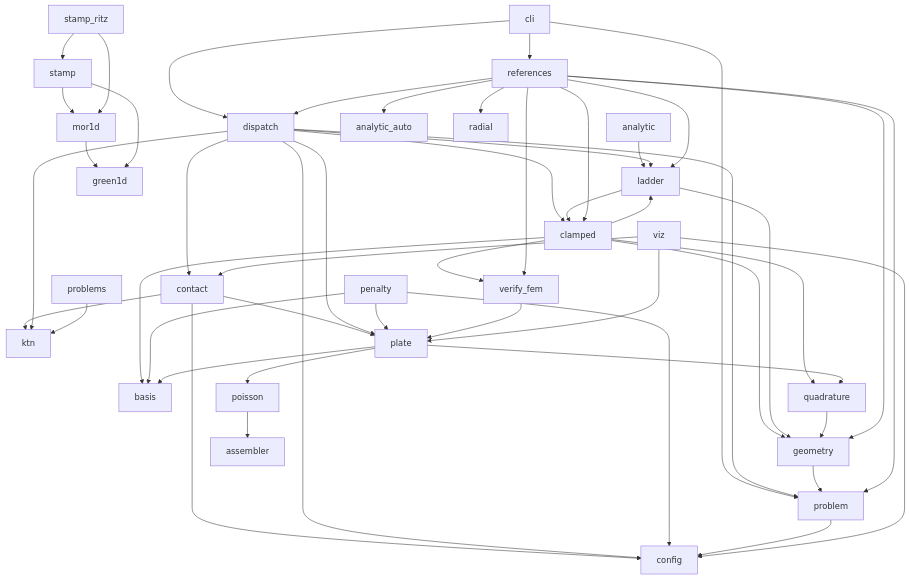
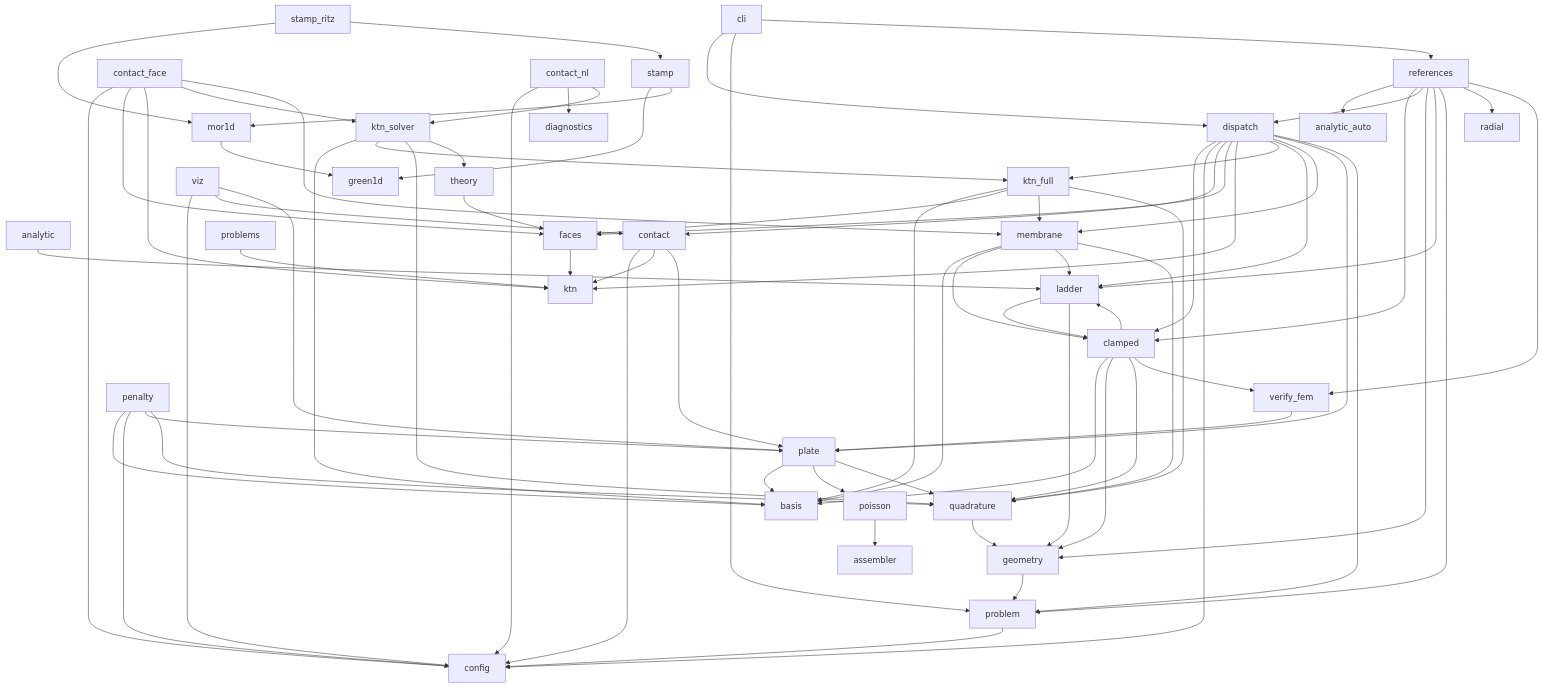
Before and after one commit to AnatoDu/plate-solver: the diagram in docs/ARCHITECTURE.md, drawn with Mermaid. The commit also changed other lines of this file and 25 other files, not shown here.

````diff
--- a/docs/ARCHITECTURE.md
+++ b/docs/ARCHITECTURE.md
@@ -32,52 +48,78 @@
 ```mermaid
 flowchart TD
     analytic --> ladder
     clamped --> basis
     clamped --> geometry
     clamped --> ladder
     clamped --> quadrature
     clamped --> verify_fem
     cli --> dispatch
     cli --> problem
     cli --> references
     contact --> config
     contact --> ktn
     contact --> plate
+    contact_face --> config
+    contact_face --> faces
+    contact_face --> ktn
+    contact_face --> ktn_solver
+    contact_face --> membrane
+    contact_nl --> config
+    contact_nl --> diagnostics
+    contact_nl --> ktn_solver
     dispatch --> clamped
     dispatch --> config
     dispatch --> contact
+    dispatch --> faces
     dispatch --> ktn
+    dispatch --> ktn_full
     dispatch --> ladder
+    dispatch --> membrane
     dispatch --> plate
     dispatch --> problem
+    faces --> ktn
     geometry --> problem
+    ktn_full --> basis
+    ktn_full --> faces
+    ktn_full --> membrane
+    ktn_full --> quadrature
+    ktn_solver --> basis
+    ktn_solver --> ktn_full
+    ktn_solver --> quadrature
+    ktn_solver --> theory
     ladder --> clamped
     ladder --> geometry
+    membrane --> basis
+    membrane --> clamped
+    membrane --> ladder
+    membrane --> quadrature
     mor1d --> green1d
     penalty --> basis
     penalty --> config
     penalty --> plate
+    penalty --> quadrature
     plate --> basis
     plate --> poisson
     plate --> quadrature
     poisson --> assembler
     problem --> config
     problems --> ktn
     quadrature --> geometry
     references --> analytic_auto
     references --> clamped
     references --> dispatch
     references --> geometry
     references --> ladder
     references --> problem
     references --> radial
     references --> verify_fem
     stamp --> green1d
     stamp --> mor1d
     stamp_ritz --> mor1d
     stamp_ritz --> stamp
+    theory --> faces
     verify_fem --> plate
     viz --> config
     viz --> contact
     viz --> plate
 ```
````
